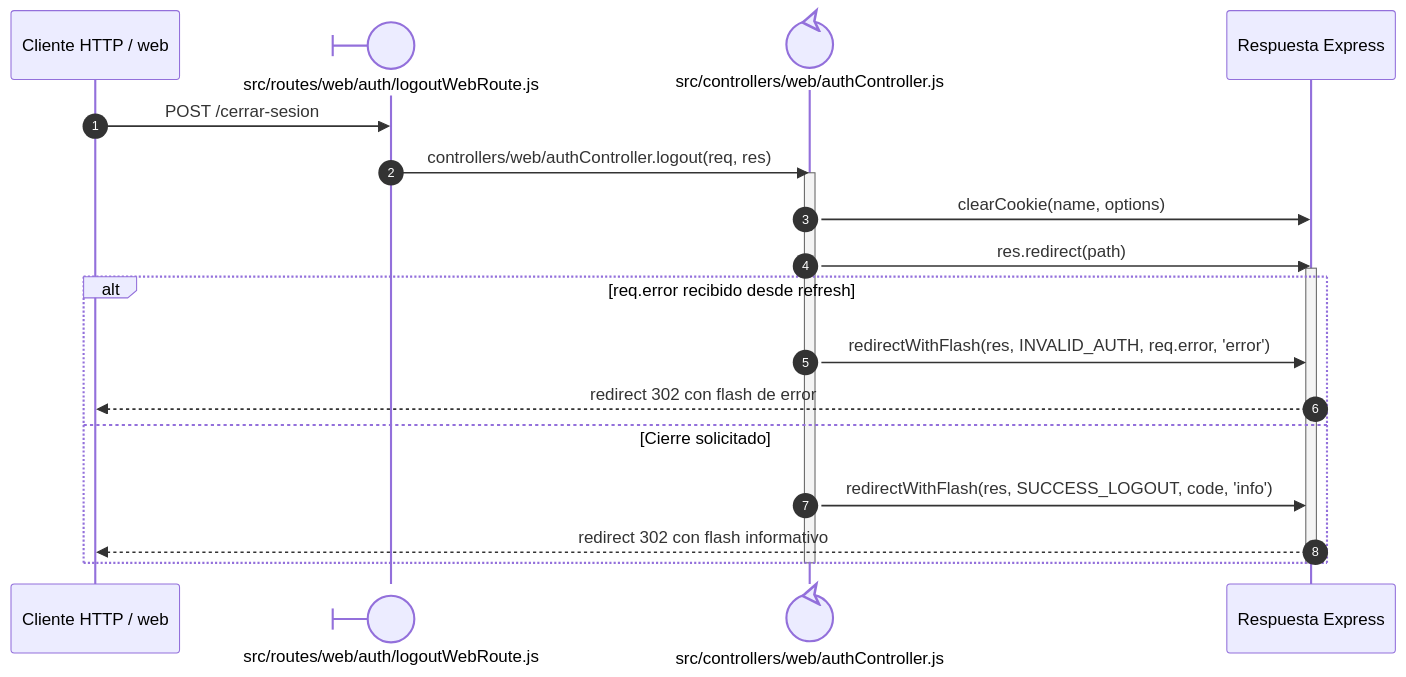
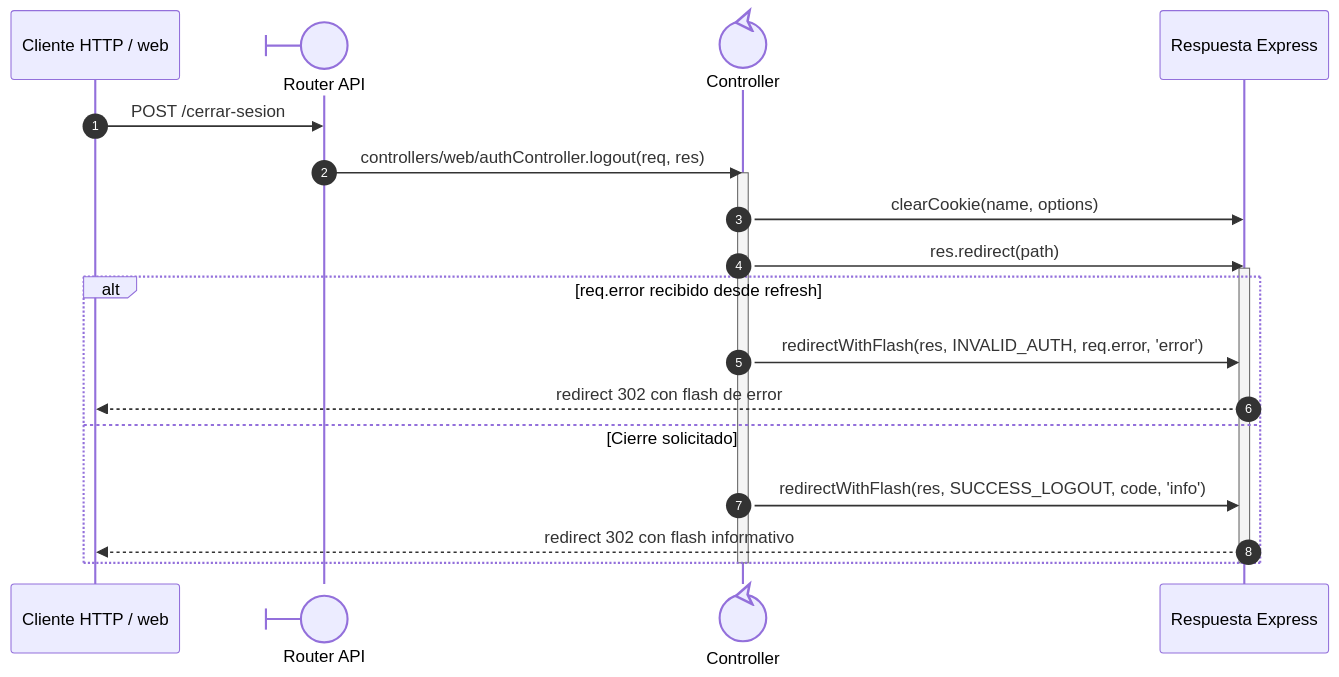
Before and after one commit to gpgsistemas01/nexus: the diagram in docs/architecture/views/processes/backend-code-sequences/authentication/cu-aut-02.md, drawn with Mermaid. The commit also changed other lines of this file and 216 other files, not shown here.

Commit message:
docs: align module detail and expand sequence notation and collaborations

````diff
--- a/docs/architecture/views/processes/backend-code-sequences/authentication/cu-aut-02.md
+++ b/docs/architecture/views/processes/backend-code-sequences/authentication/cu-aut-02.md
@@ -6,24 +20,24 @@
 ```mermaid
 sequenceDiagram
     autonumber
     participant Client as Cliente HTTP / web
-    participant Route@{ "type": "boundary" } as src/routes/web/auth/logoutWebRoute.js
-    participant Controller@{ "type": "control" } as src/controllers/web/authController.js
+    participant Route@{ "type": "boundary" } as Router API
+    participant Controller@{ "type": "control" } as Controller
     participant Response as Respuesta Express
 
     Client->>Route: POST /cerrar-sesion
     Route->>Controller: controllers/web/authController.logout(req, res)
     activate Controller
     Controller->>Response: clearCookie(name, options)
     Controller->>Response: res.redirect(path)
     activate Response
     alt req.error recibido desde refresh
         Controller->>Response: redirectWithFlash(res, INVALID_AUTH, req.error, 'error')
         Response-->>Client: redirect 302 con flash de error
     else Cierre solicitado
         Controller->>Response: redirectWithFlash(res, SUCCESS_LOGOUT, code, 'info')
         Response-->>Client: redirect 302 con flash informativo
     end
     deactivate Response
     deactivate Controller
 ```
````
